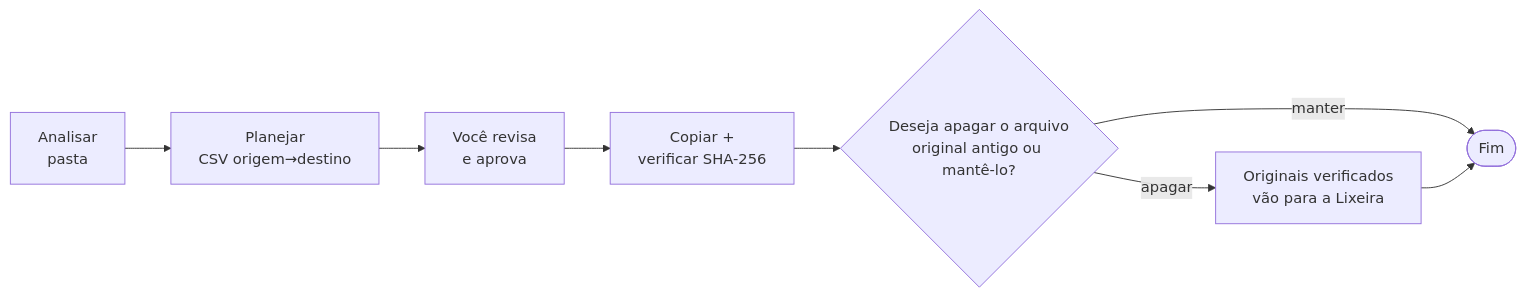
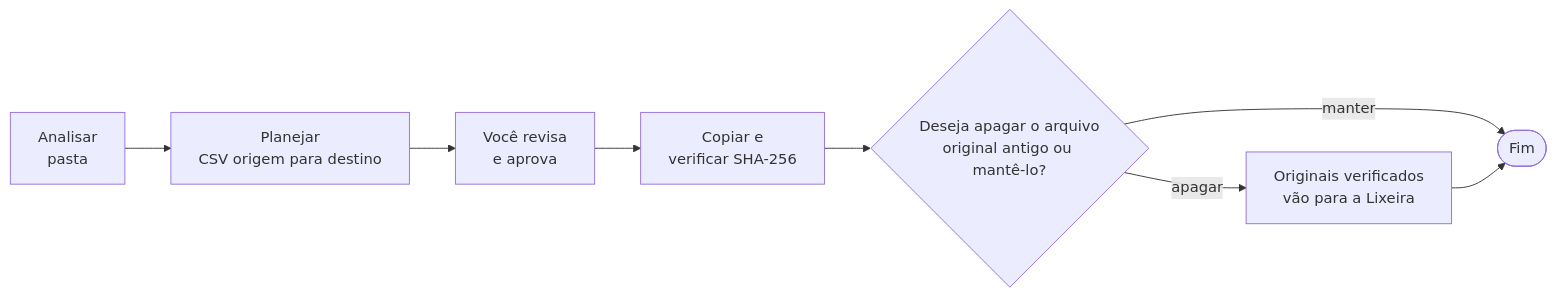
The second of 2 diagrams in README.md (Kazualkun/AI-PC-optimizer), drawn with Mermaid before and after one commit. The commit also changed other lines of this file, not shown here.

Commit message:
Corrige sintaxe dos fluxogramas Mermaid no README

````diff
--- a/README.md
+++ b/README.md
@@ -82,10 +82,10 @@
 ```mermaid
 flowchart LR
-    A[Analisar<br/>pasta] --> B[Planejar<br/>CSV origem→destino]
-    B --> C[Você revisa<br/>e aprova]
-    C --> D[Copiar +<br/>verificar SHA-256]
+    A["Analisar<br/>pasta"] --> B["Planejar<br/>CSV origem para destino"]
+    B --> C["Você revisa<br/>e aprova"]
+    C --> D["Copiar e<br/>verificar SHA-256"]
     D --> E{"Deseja apagar o arquivo<br/>original antigo ou mantê-lo?"}
-    E -- apagar --> F[Originais verificados<br/>vão para a Lixeira]
-    E -- manter --> G([Fim])
+    E -- "apagar" --> F["Originais verificados<br/>vão para a Lixeira"]
+    E -- "manter" --> G(["Fim"])
     F --> G
 ```
````
